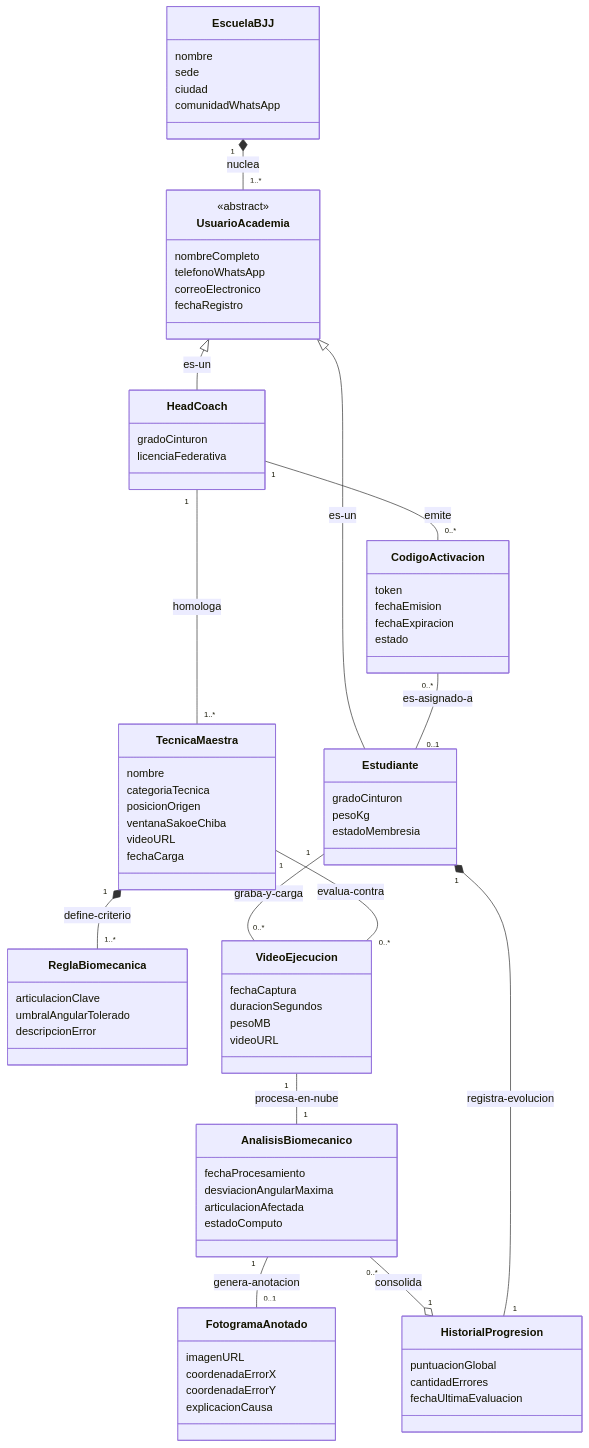
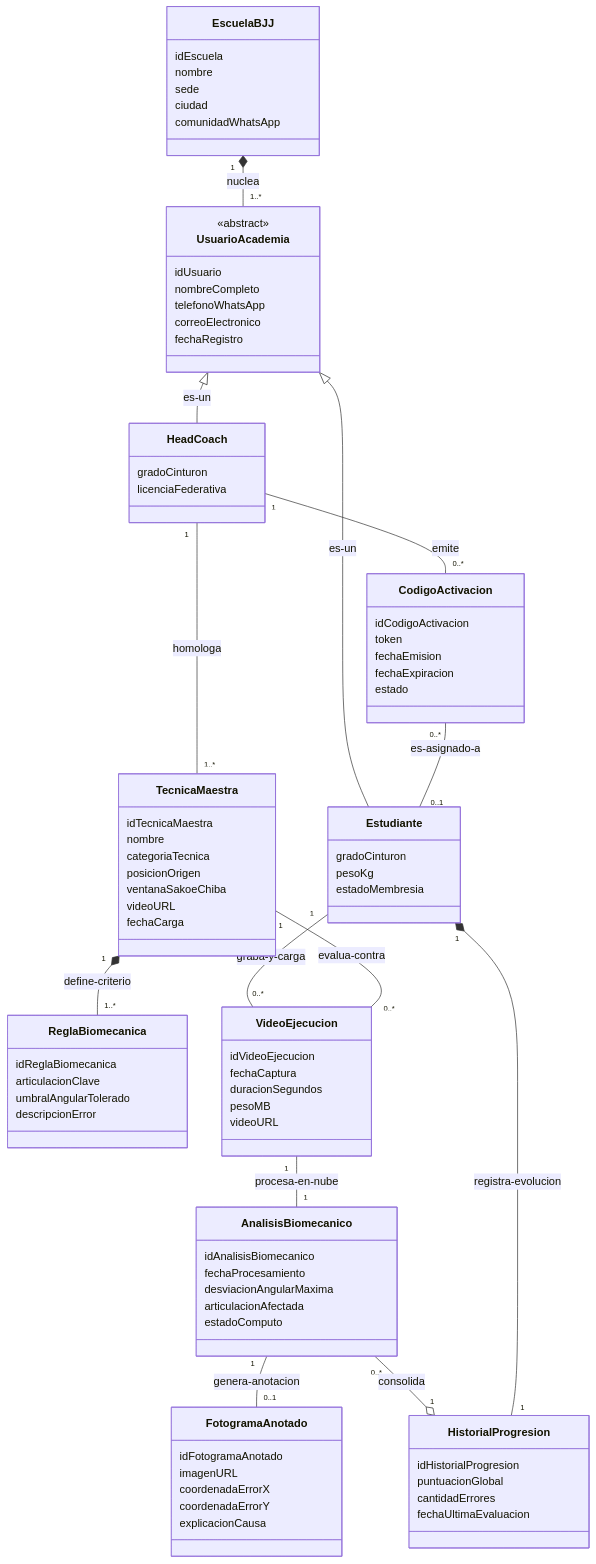
Before and after one commit to Tsmrain/JiuJitsu: the third of 3 diagrams in README.md, drawn with Mermaid. The commit also changed other lines of this file, not shown here.

Commit message:
docs: clarify acceptance criteria, refine RF-11 data integrity logic, and document architecture SLAs in README.md

````diff
--- a/README.md
+++ b/README.md
@@ -647,6 +647,7 @@
 ```mermaid
 classDiagram
     class EscuelaBJJ {
+        idEscuela
         nombre
         sede
         ciudad
@@ -655,6 +656,7 @@
 
     class UsuarioAcademia {
         <<abstract>>
+        idUsuario
         nombreCompleto
         telefonoWhatsApp
         correoElectronico
@@ -673,6 +675,7 @@
     }
 
     class CodigoActivacion {
+        idCodigoActivacion
         token
         fechaEmision
         fechaExpiracion
@@ -680,6 +683,7 @@
     }
 
     class TecnicaMaestra {
+        idTecnicaMaestra
         nombre
         categoriaTecnica
         posicionOrigen
@@ -689,12 +693,14 @@
     }
 
     class ReglaBiomecanica {
+        idReglaBiomecanica
         articulacionClave
         umbralAngularTolerado
         descripcionError
     }
 
     class VideoEjecucion {
+        idVideoEjecucion
         fechaCaptura
         duracionSegundos
         pesoMB
@@ -702,6 +708,7 @@
     }
 
     class AnalisisBiomecanico {
+        idAnalisisBiomecanico
         fechaProcesamiento
         desviacionAngularMaxima
         articulacionAfectada
@@ -709,6 +716,7 @@
     }
 
     class FotogramaAnotado {
+        idFotogramaAnotado
         imagenURL
         coordenadaErrorX
         coordenadaErrorY
@@ -716,6 +724,7 @@
     }
 
     class HistorialProgresion {
+        idHistorialProgresion
         puntuacionGlobal
         cantidadErrores
         fechaUltimaEvaluacion
````
